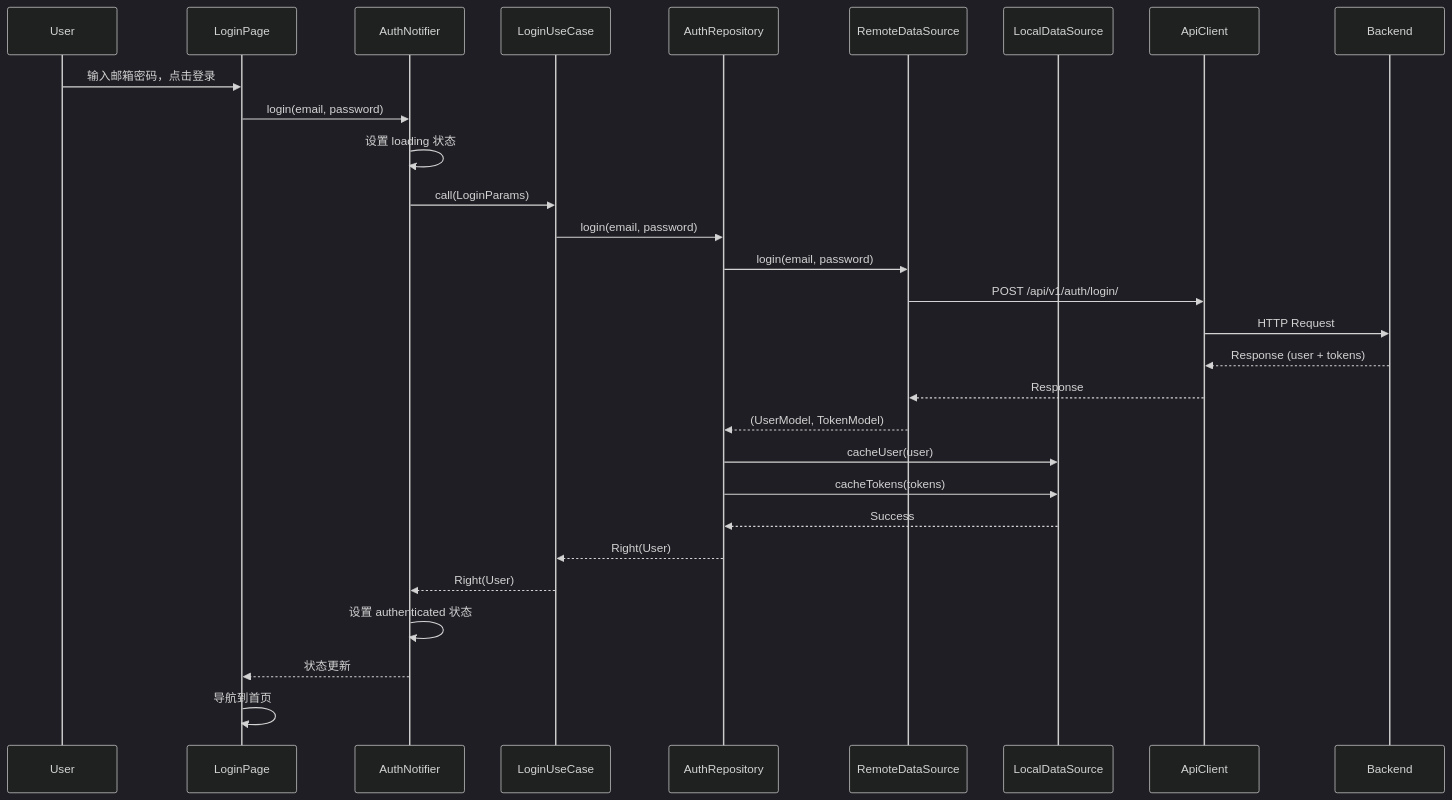
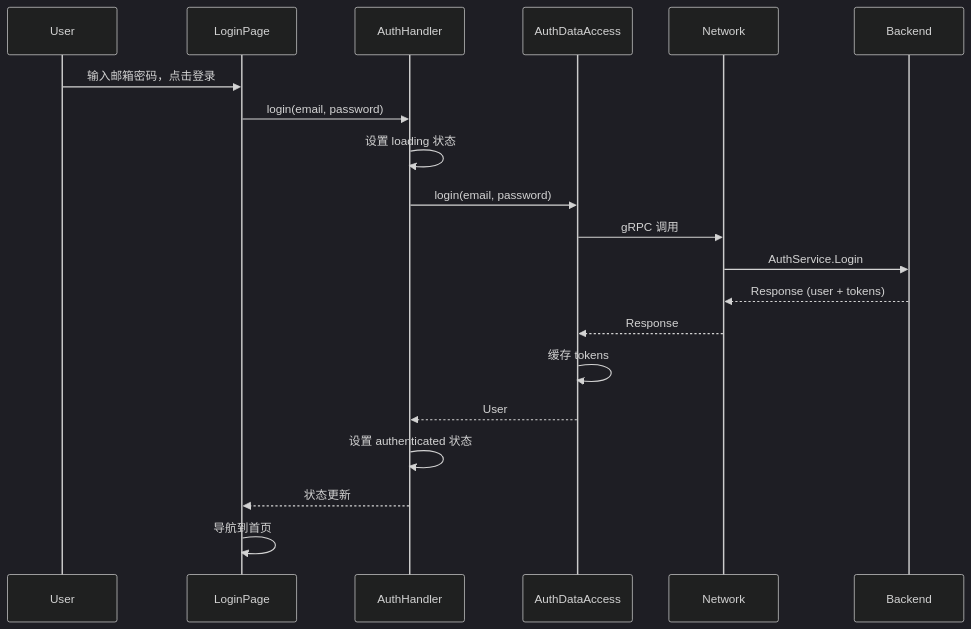
One commit to funcdfs/lesser changed the second of 6 diagrams in client/mobile_flutter/docs/architecture_flow.md. Above: the diagram before and after it, drawn with Mermaid (dark theme). The commit also changed other lines of this file and 243 other files, not shown here.

````diff
--- a/client/mobile_flutter/docs/architecture_flow.md
+++ b/client/mobile_flutter/docs/architecture_flow.md
@@ -56,32 +60,23 @@
 ```mermaid
 sequenceDiagram
     participant U as User
     participant P as LoginPage
-    participant N as AuthNotifier
-    participant UC as LoginUseCase
-    participant R as AuthRepository
-    participant RDS as RemoteDataSource
-    participant LDS as LocalDataSource
-    participant API as ApiClient
+    participant H as AuthHandler
+    participant DA as AuthDataAccess
+    participant N as Network
     participant BE as Backend
 
     U->>P: 输入邮箱密码，点击登录
-    P->>N: login(email, password)
-    N->>N: 设置 loading 状态
-    N->>UC: call(LoginParams)
-    UC->>R: login(email, password)
-    R->>RDS: login(email, password)
-    RDS->>API: POST /api/v1/auth/login/
-    API->>BE: HTTP Request
-    BE-->>API: Response (user + tokens)
-    API-->>RDS: Response
-    RDS-->>R: (UserModel, TokenModel)
-    R->>LDS: cacheUser(user)
-    R->>LDS: cacheTokens(tokens)
-    LDS-->>R: Success
-    R-->>UC: Right(User)
-    UC-->>N: Right(User)
-    N->>N: 设置 authenticated 状态
-    N-->>P: 状态更新
+    P->>H: login(email, password)
+    H->>H: 设置 loading 状态
+    H->>DA: login(email, password)
+    DA->>N: gRPC 调用
+    N->>BE: AuthService.Login
+    BE-->>N: Response (user + tokens)
+    N-->>DA: Response
+    DA->>DA: 缓存 tokens
+    DA-->>H: User
+    H->>H: 设置 authenticated 状态
+    H-->>P: 状态更新
     P->>P: 导航到首页
 ```
````
